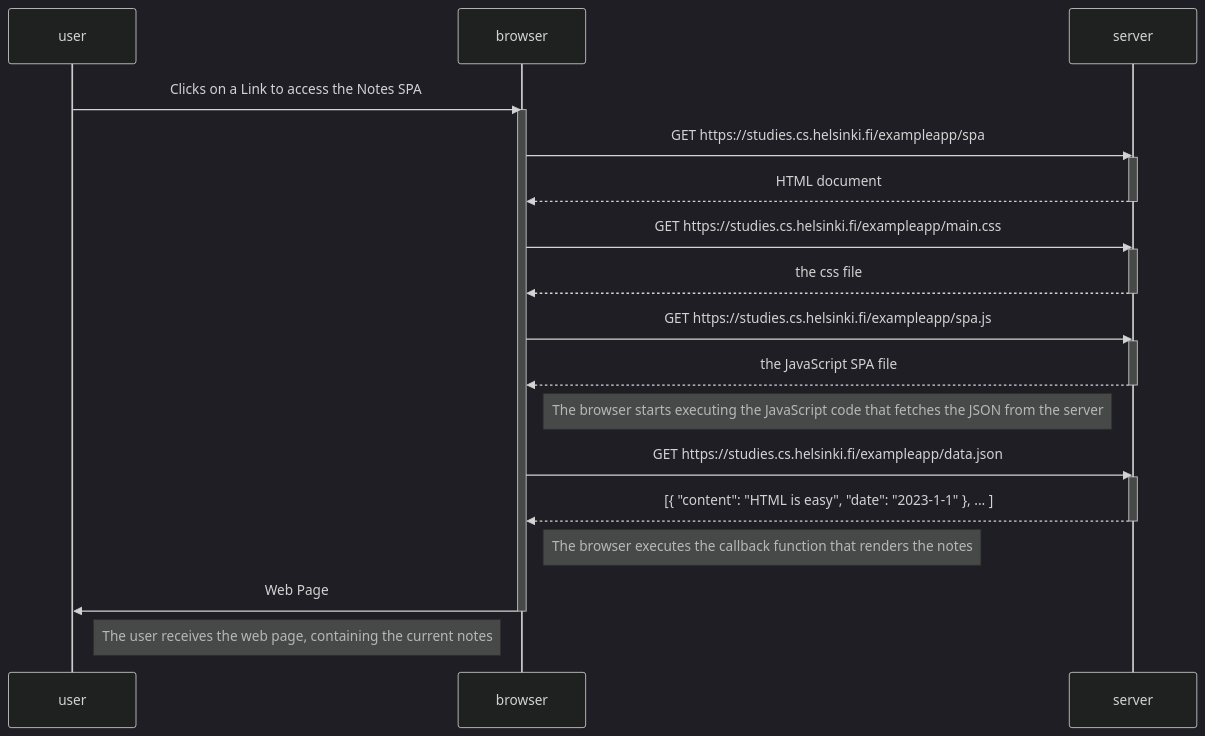
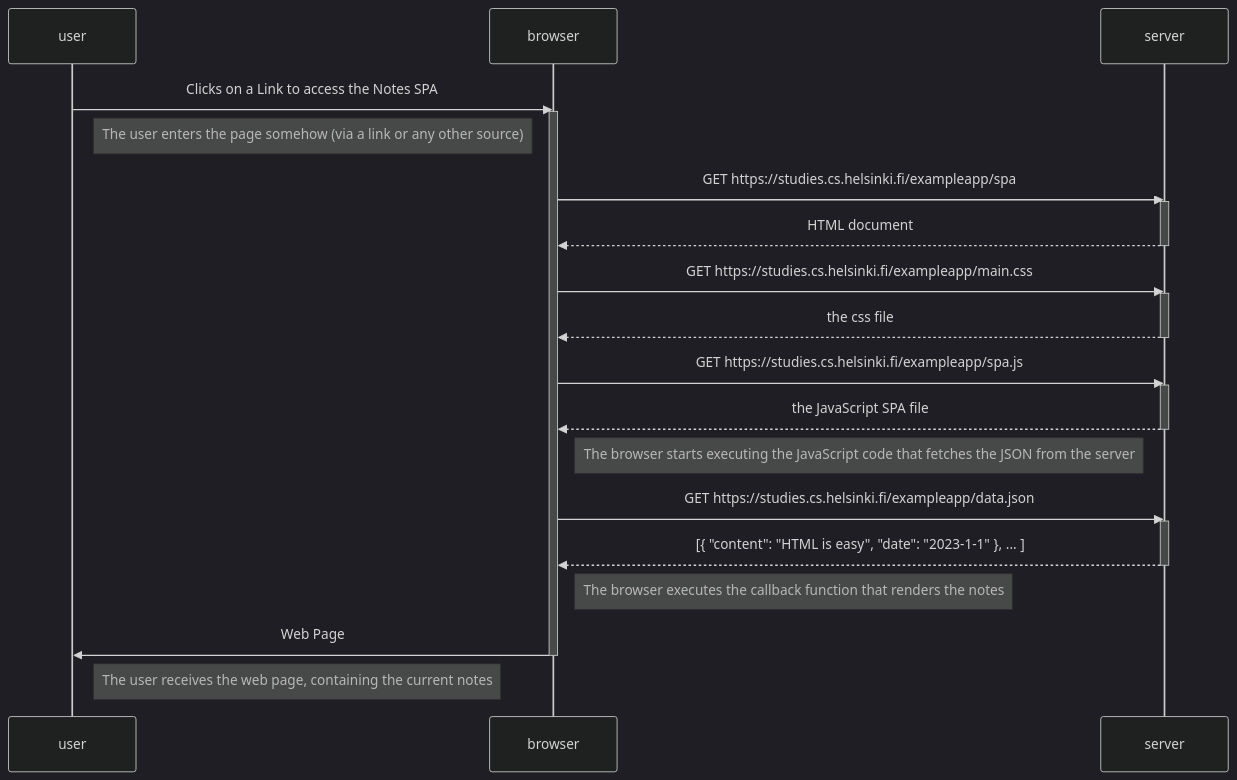
One commit to Jaimayal/FullStackOpen-2023 changed the diagram in part0/0.5.md. Above: the diagram before and after it, drawn with Mermaid (dark theme).

Commit message:
Added note under first user event

````diff
--- a/part0/0.5.md
+++ b/part0/0.5.md
@@ -3,39 +3,41 @@
 ```mermaid
 sequenceDiagram
     participant user
     participant browser
     participant server
   
     user->>browser: Clicks on a Link to access the Notes SPA
     activate browser
+
+    Note right of user: The user enters the page somehow (via a link or any other source)
 
     browser->>server: GET https://studies.cs.helsinki.fi/exampleapp/spa
     activate server
     server-->>browser: HTML document
     deactivate server
 
     browser->>server: GET https://studies.cs.helsinki.fi/exampleapp/main.css
     activate server
     server-->>browser: the css file
     deactivate server
 
     browser->>server: GET https://studies.cs.helsinki.fi/exampleapp/spa.js
     activate server
     server-->>browser: the JavaScript SPA file
     deactivate server
 
     Note right of browser: The browser starts executing the JavaScript code that fetches the JSON from the server
 
     browser->>server: GET https://studies.cs.helsinki.fi/exampleapp/data.json
     activate server
     server-->>browser: [{ "content": "HTML is easy", "date": "2023-1-1" }, ... ]
     deactivate server
 
     Note right of browser: The browser executes the callback function that renders the notes
 
     browser->>user: Web Page
     deactivate browser
     Note right of user: The user receives the web page, containing the current notes
 
  
 ```
````
